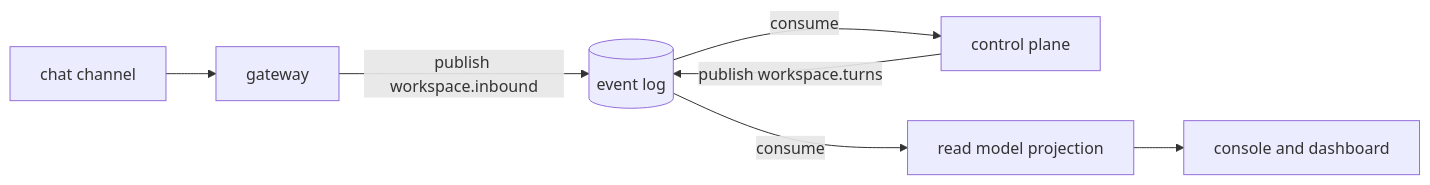
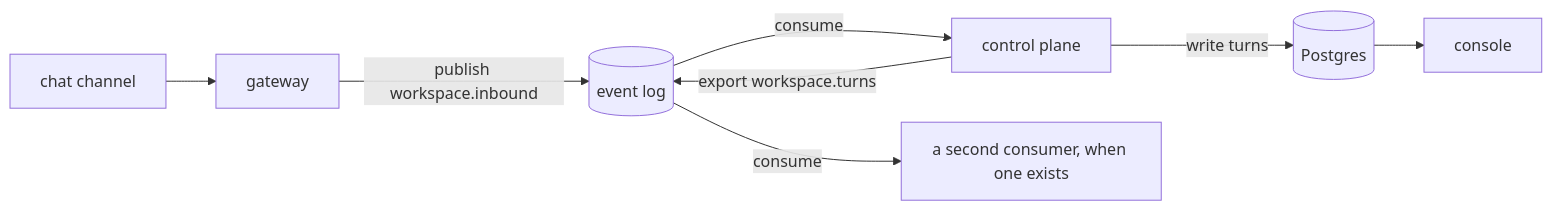
Before and after one commit to atlantic-blue/quay-crew: the diagram in docs/EVENTS.md, drawn with Mermaid. The commit also changed other lines of this file and 19 other files, not shown here.

````diff
--- a/docs/EVENTS.md
+++ b/docs/EVENTS.md
@@ -65,9 +69,10 @@
 ```mermaid
 flowchart LR
     channel["chat channel"] --> gateway
     gateway -->|"publish workspace.inbound"| log[("event log")]
     log -->|consume| controlplane["control plane"]
-    controlplane -->|"publish workspace.turns"| log
-    log -->|consume| projection["read model projection"]
-    projection --> console["console and dashboard"]
+    controlplane -->|"write turns"| store[("Postgres")]
+    controlplane -->|"export workspace.turns"| log
+    store --> console["console"]
+    log -->|consume| second["a second consumer, when one exists"]
 ```
````
